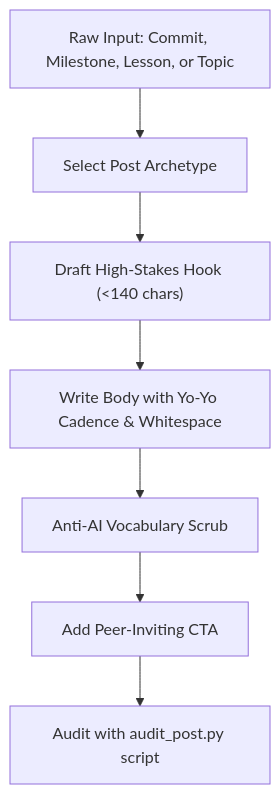
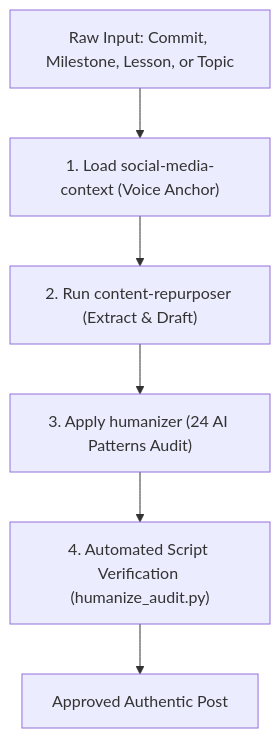
Before and after one commit to Enemuo-debug/Pigeon: the second of 2 diagrams in .agents/skills/linkedin-writer/SKILL.md, drawn with Mermaid. The commit also changed other lines of this file and 10 other files, not shown here.

Commit message:
feat(skills): install social-media-context, content-repurposer, and humanizer skills

````diff
--- a/.agents/skills/linkedin-writer/SKILL.md
+++ b/.agents/skills/linkedin-writer/SKILL.md
@@ -56,9 +74,8 @@
 ```mermaid
 flowchart TD
-    A["Raw Input: Commit, Milestone, Lesson, or Topic"] --> B["Select Post Archetype"]
-    B --> C["Draft High-Stakes Hook (<140 chars)"]
-    C --> D["Write Body with Yo-Yo Cadence & Whitespace"]
-    D --> E["Anti-AI Vocabulary Scrub"]
-    E --> F["Add Peer-Inviting CTA"]
-    F --> G["Audit with audit_post.py script"]
+    A["Raw Input: Commit, Milestone, Lesson, or Topic"] --> B["1. Load social-media-context (Voice Anchor)"]
+    B --> C["2. Run content-repurposer (Extract & Draft)"]
+    C --> D["3. Apply humanizer (24 AI Patterns Audit)"]
+    D --> E["4. Automated Script Verification (humanize_audit.py)"]
+    E --> F["Approved Authentic Post"]
 ```
````
